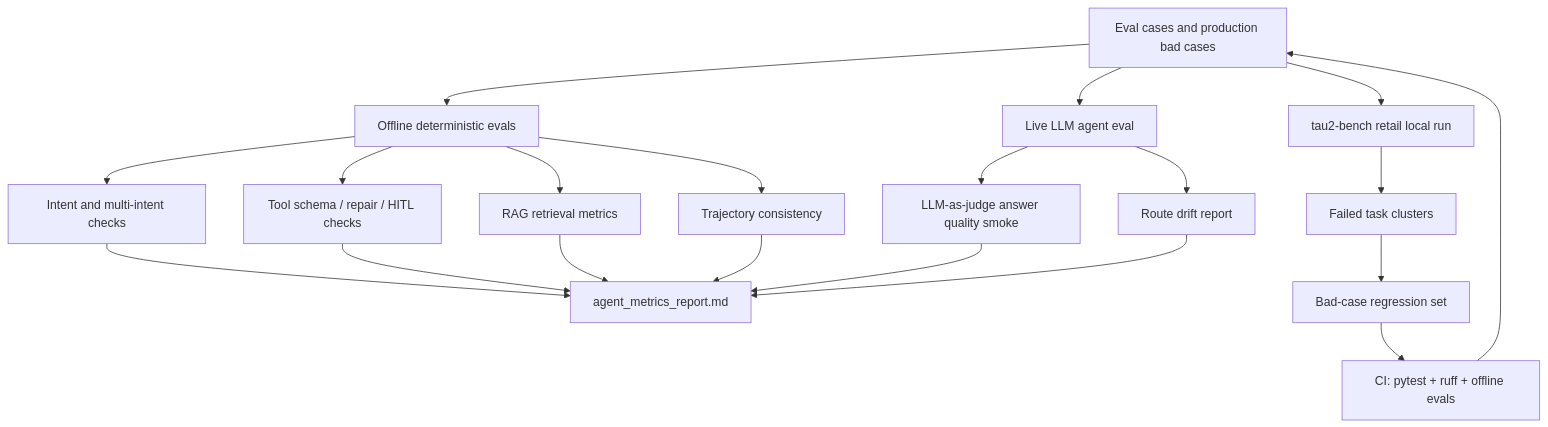
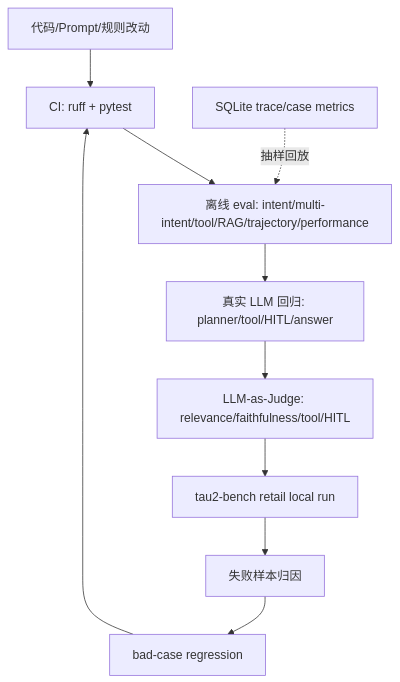
Before and after one commit to bigfish-emily/commerce-support-agent: the sixth of 6 diagrams in docs/ARCHITECTURE_DIAGRAMS.md, drawn with Mermaid. The commit also changed other lines of this file and 24 other files, not shown here.

Commit message:
harden agent workflow and tool governance

````diff
--- a/docs/ARCHITECTURE_DIAGRAMS.md
+++ b/docs/ARCHITECTURE_DIAGRAMS.md
@@ -181,22 +167,12 @@
 ```mermaid
 flowchart TD
-    Cases[Eval cases and production bad cases] --> Offline[Offline deterministic evals]
-    Offline --> Intent[Intent and multi-intent checks]
-    Offline --> Tool[Tool schema / repair / HITL checks]
-    Offline --> RAG[RAG retrieval metrics]
-    Offline --> Trace[Trajectory consistency]
-    Cases --> Live[Live LLM agent eval]
-    Live --> Judge[LLM-as-judge answer quality smoke]
-    Live --> Drift[Route drift report]
-    Cases --> Bench[tau2-bench retail local run]
-    Bench --> BenchFailures[Failed task clusters]
-    Intent --> Report[agent_metrics_report.md]
-    Tool --> Report
-    RAG --> Report
-    Trace --> Report
-    Judge --> Report
-    Drift --> Report
-    BenchFailures --> Regression[Bad-case regression set]
-    Regression --> CI[CI: pytest + ruff + offline evals]
-    CI --> Cases
+    Code[代码/Prompt/规则改动] --> CI[CI: ruff + pytest]
+    CI --> Offline[离线 eval: intent/multi-intent/tool/RAG/trajectory/performance]
+    Offline --> Live[真实 LLM 回归: planner/tool/HITL/answer]
+    Live --> Judge[LLM-as-Judge: relevance/faithfulness/tool/HITL]
+    Judge --> Tau[tau2-bench retail local run]
+    Tau --> BadCase[失败样本归因]
+    BadCase --> Regression[bad-case regression]
+    Regression --> CI
+    Trace[SQLite trace/case metrics] -.抽样回放.-> Offline
 ```
````
